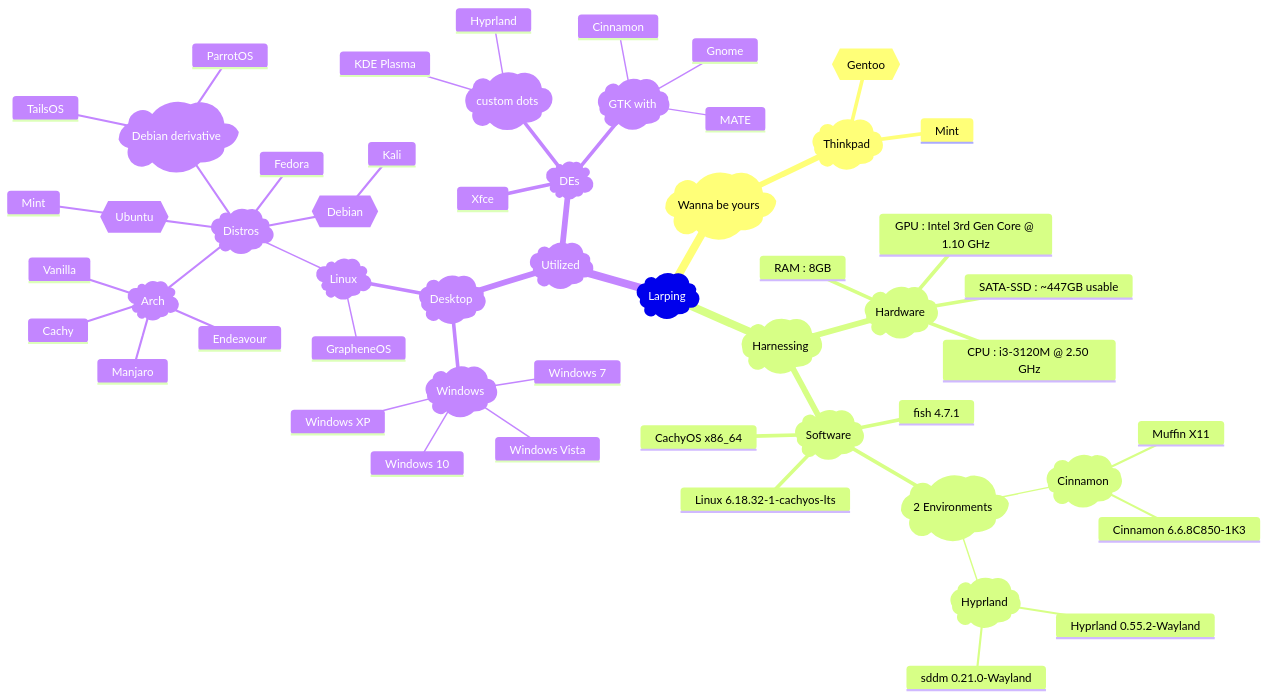
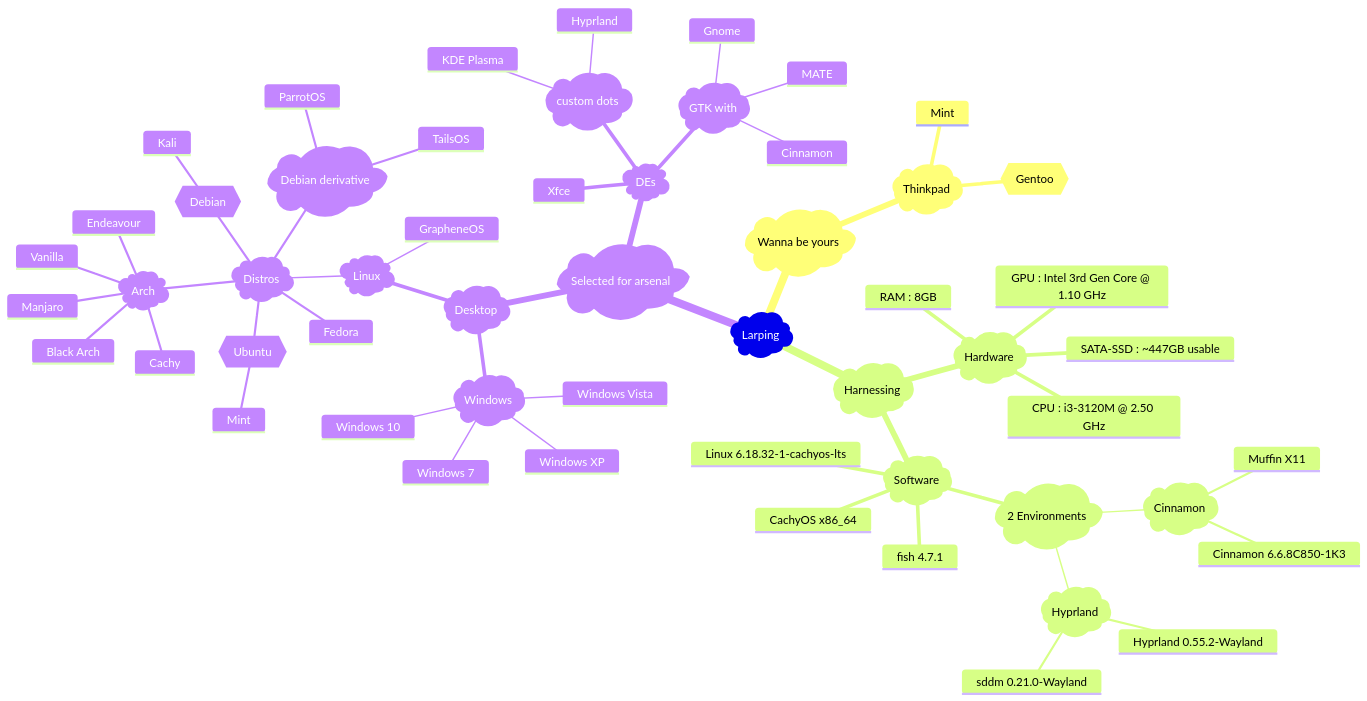
The diagram in README.md (Chintanpatel24/Chintanpatel24), drawn with Mermaid before and after one commit.

````diff
--- a/README.md
+++ b/README.md
@@ -4,57 +4,58 @@
 ```mermaid
 mindmap
 root)Larping(
  ) Wanna be yours(
   )Thinkpad(
    {{Gentoo}}
    Mint
  )Harnessing(
   )Hardware(     
    GPU : Intel 3rd Gen Core @ 1.10 GHz
    CPU : i3-3120M @ 2.50 GHz
    RAM : 8GB
    SATA-SSD : ~447GB usable 
   )Software(
    )2 Environments(
     )Cinnamon( 
      Muffin X11
      Cinnamon 6.6.8C850-1K3
     )Hyprland(
      Hyprland 0.55.2-Wayland
      sddm 0.21.0-Wayland
    CachyOS x86_64
    fish 4.7.1
    Linux 6.18.32-1-cachyos-lts
- )Utilized(
+ ) Selected for arsenal(
   )Desktop(
    )Windows(
     Windows 7
     Windows XP
     Windows Vista
     Windows 10
    )Linux(
     GrapheneOS
     )Distros(
      )Arch(
       Endeavour
       Vanilla
+      Black Arch
       Cachy
       Manjaro
      {{Debian}}
       Kali
      {{Ubuntu}}
       Mint
      Fedora
      )Debian derivative(
       ParrotOS
       TailsOS
   )DEs(
    Xfce
    )custom dots(
     Hyprland
     KDE Plasma
    )GTK with(
     Cinnamon
     Gnome
     MATE
 ```
````
